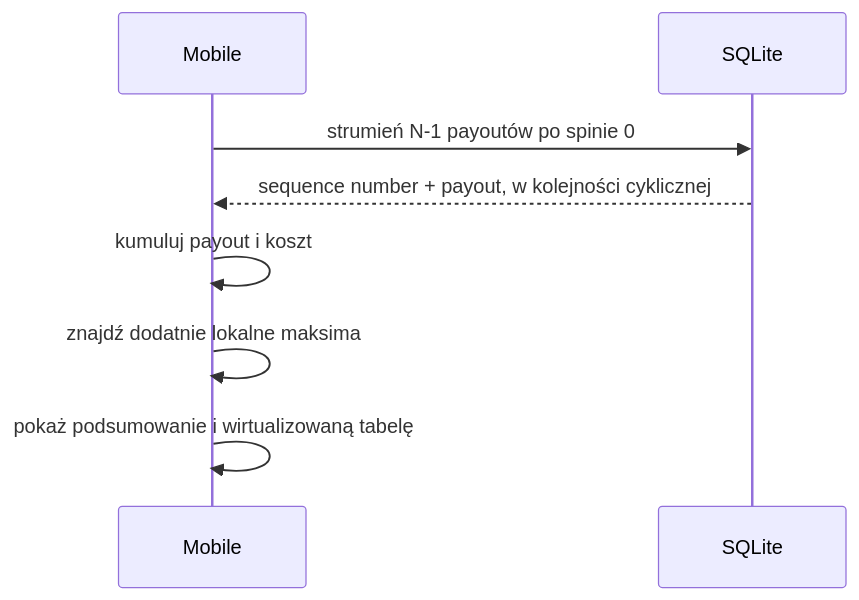
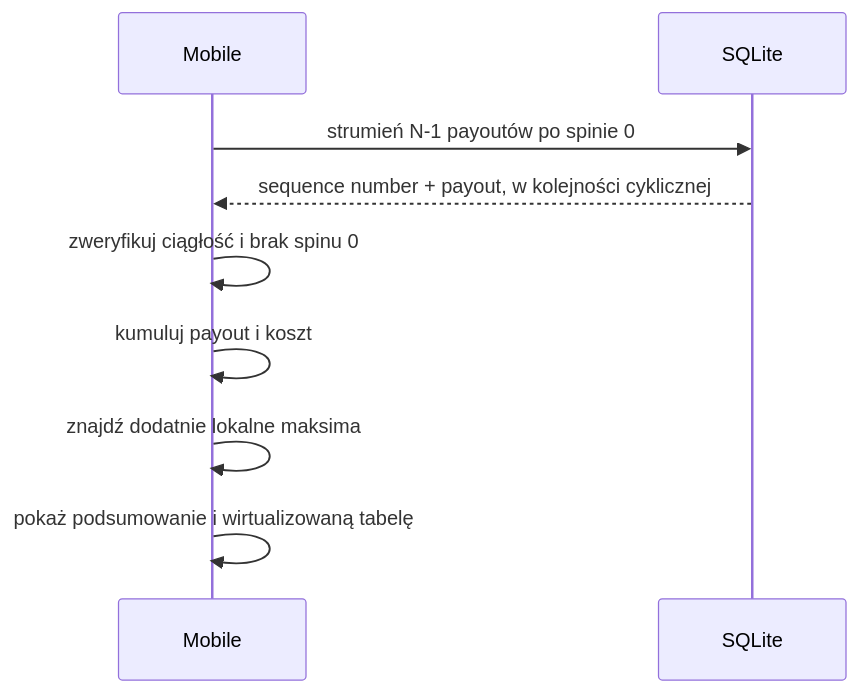
Before and after one commit to tuszynski-michal/game_predicotr: the third of 4 diagrams in ai_docs/architecture/SYSTEM_ARCHITECTURE.md, drawn with Mermaid. The commit also changed other lines of this file and 15 other files, not shown here.

````diff
--- a/ai_docs/architecture/SYSTEM_ARCHITECTURE.md
+++ b/ai_docs/architecture/SYSTEM_ARCHITECTURE.md
@@ -115,11 +115,12 @@
 ```mermaid
 sequenceDiagram
     participant Mobile
     participant SQLite
 
     Mobile->>SQLite: strumień N-1 payoutów po spinie 0
     SQLite-->>Mobile: sequence number + payout, w kolejności cyklicznej
+    Mobile->>Mobile: zweryfikuj ciągłość i brak spinu 0
     Mobile->>Mobile: kumuluj payout i koszt
     Mobile->>Mobile: znajdź dodatnie lokalne maksima
     Mobile->>Mobile: pokaż podsumowanie i wirtualizowaną tabelę
 ```
````
